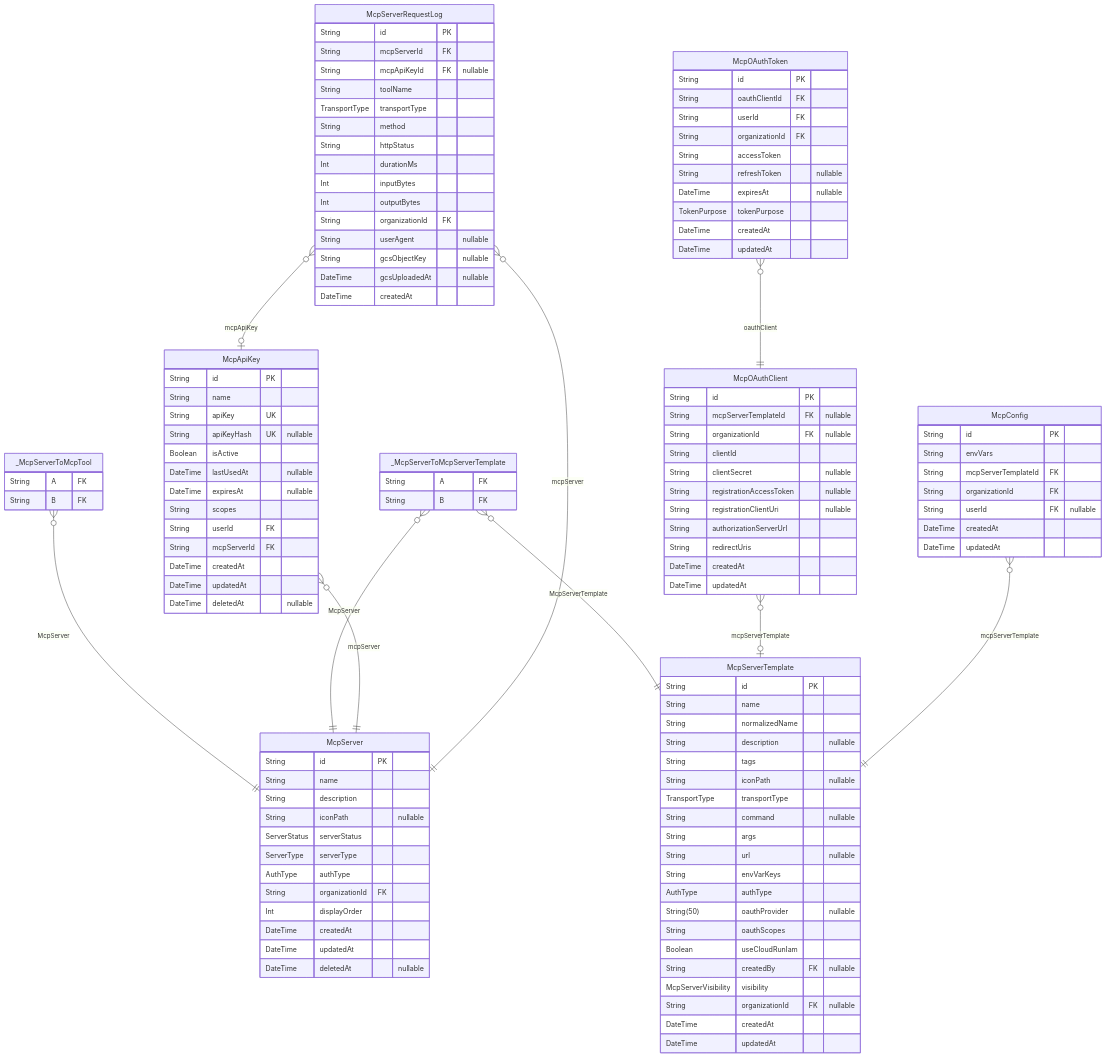
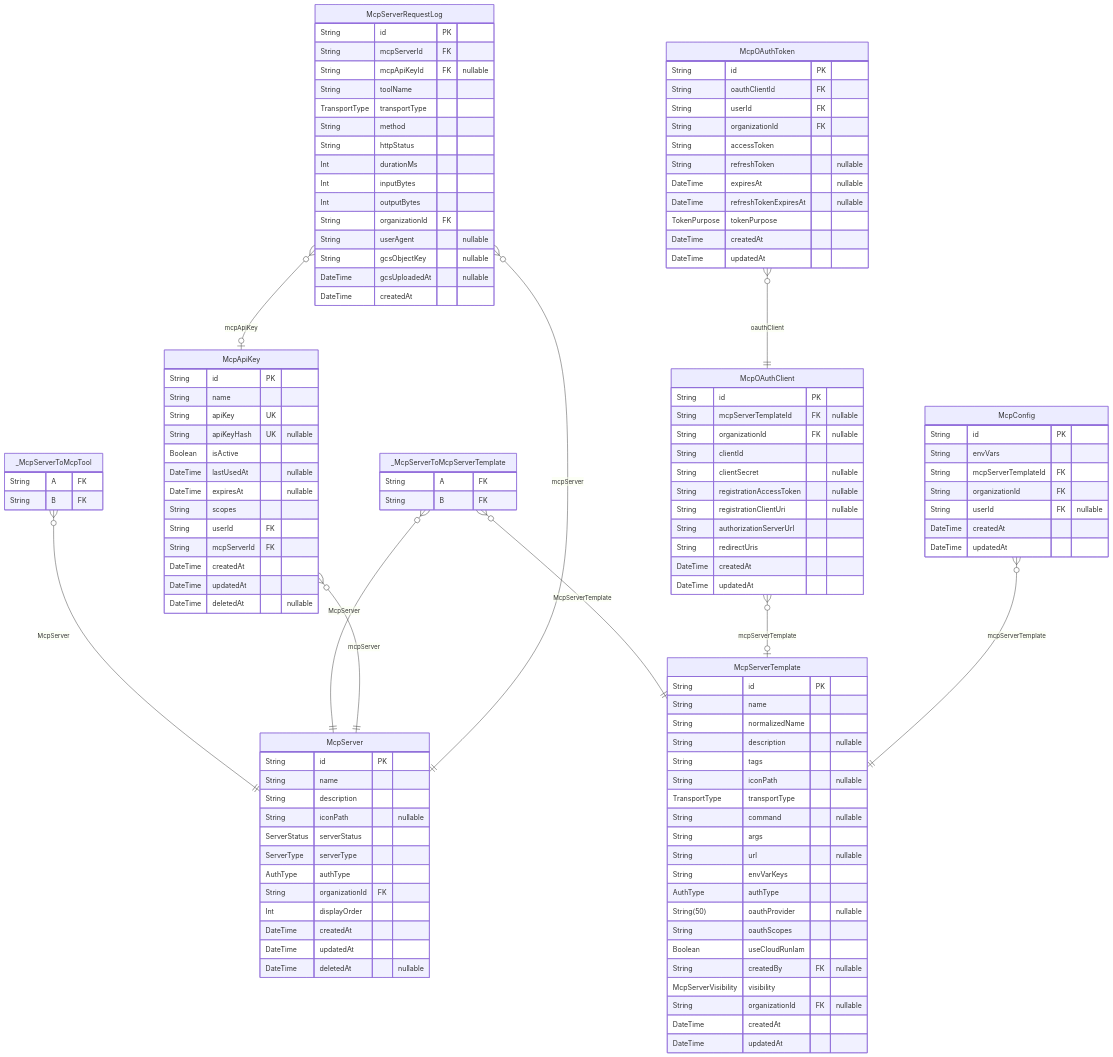
The fourth of 6 diagrams in packages/db/prisma/README.md (rayven122/tumiki), drawn with Mermaid before and after one commit. The commit also changed other lines of this file and 7 other files, not shown here.

Commit message:
feat: Introduce OAuth reauthentication for MCP servers, adding UI, API, and database support for refresh token expiration.

```diff
--- a/packages/db/prisma/README.md
+++ b/packages/db/prisma/README.md
@@ -565,6 +565,7 @@
   String accessToken
   String refreshToken "nullable"
   DateTime expiresAt "nullable"
+  DateTime refreshTokenExpiresAt "nullable"
   TokenPurpose tokenPurpose
   DateTime createdAt
   DateTime updatedAt
```
